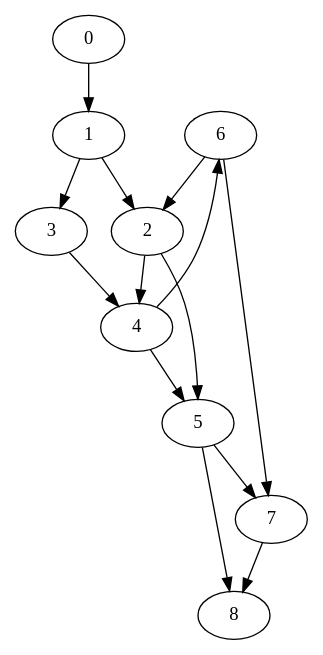
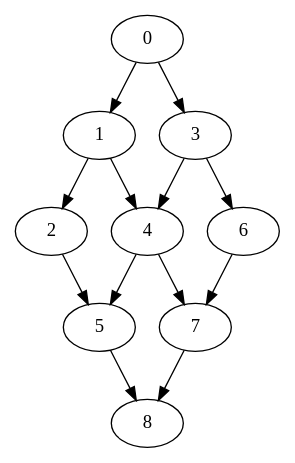
The diagram in dot/graph09a.txt.dot (nox-x/finder), drawn with Graphviz before and after one commit. The commit also changed 23 other files, not shown here.

```diff
--- a/dot/graph09a.txt.dot
+++ b/dot/graph09a.txt.dot
@@ -1,11 +1,14 @@
 digraph G {
-6 -> 2
-0 -> 1 -> 3
-1 -> 2 -> 4
+0 -> 1
+0 -> 3
+1 -> 2
+1 -> 4
 2 -> 5
-3 -> 4 -> 6
-4 -> 5 -> 7
+3 -> 4
+3 -> 6
+4 -> 5
+4 -> 7
 5 -> 8
 6 -> 7
 7 -> 8
-8}
+}
```
